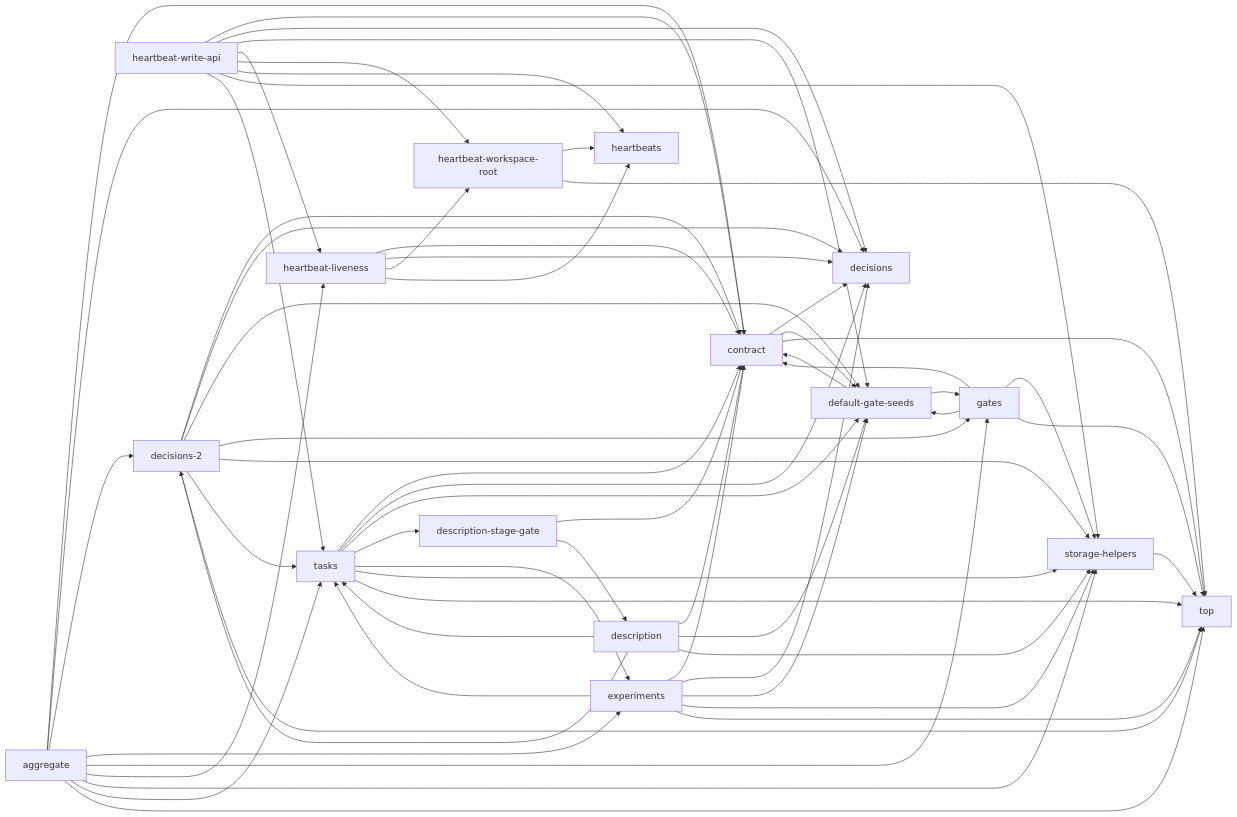
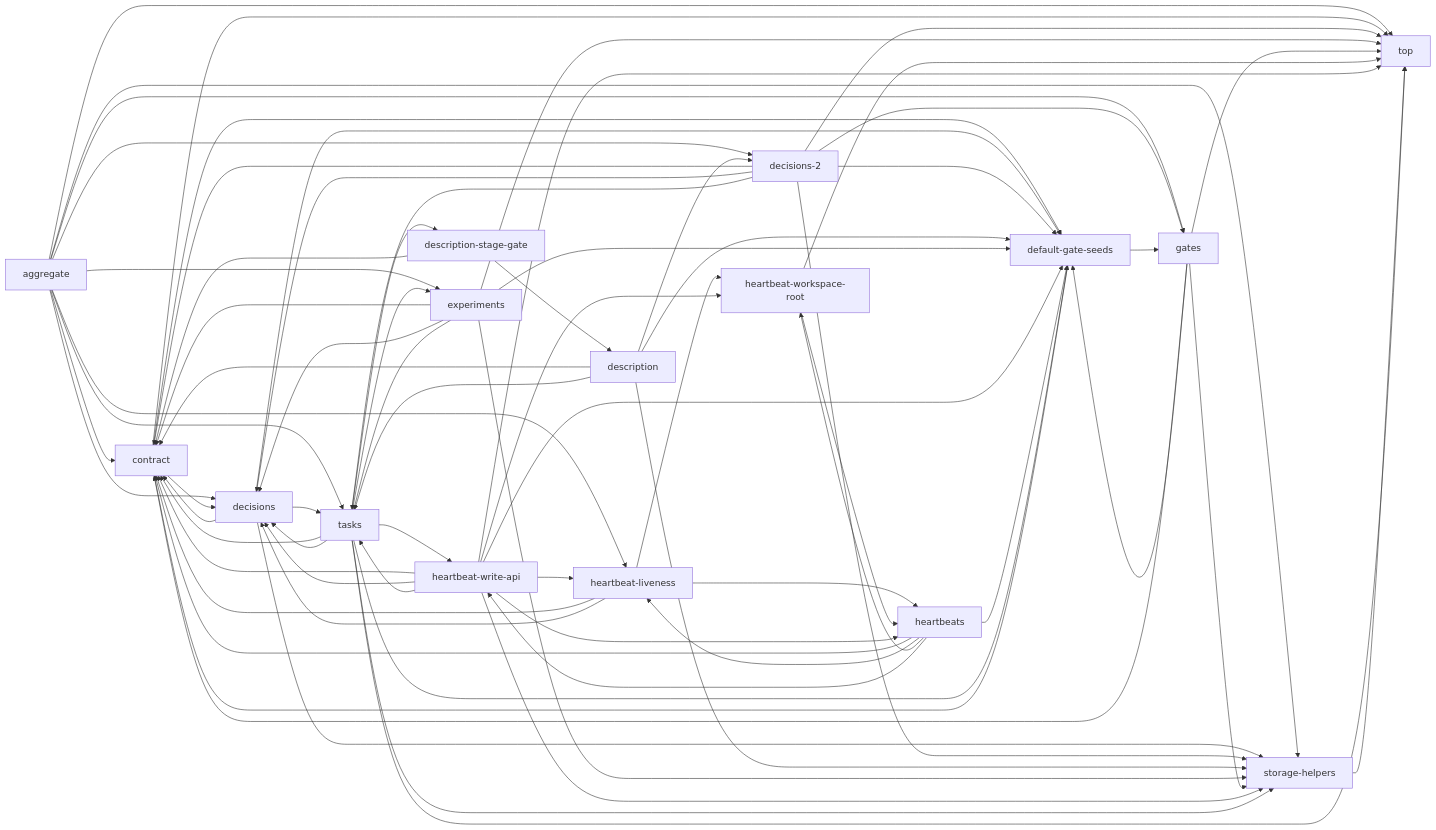
Before and after one commit to Han-Haocheng/project-flow: the fourth of 12 diagrams in docs/project-description.md, drawn with Mermaid. The commit also changed other lines of this file, not shown here.

````diff
--- a/docs/project-description.md
+++ b/docs/project-description.md
@@ -340,63 +340,74 @@
 ```mermaid
 graph LR
   m13["aggregate"] --> m2["contract"]
   m13["aggregate"] --> m1["decisions"]
   m13["aggregate"] --> m8["decisions-2"]
   m13["aggregate"] --> m5["experiments"]
   m13["aggregate"] --> m7["gates"]
   m13["aggregate"] --> m11["heartbeat-liveness"]
   m13["aggregate"] --> m4["storage-helpers"]
   m13["aggregate"] --> m6["tasks"]
   m13["aggregate"] --> m0["top"]
   m2["contract"] --> m1["decisions"]
   m2["contract"] --> m3["default-gate-seeds"]
   m2["contract"] --> m0["top"]
+  m1["decisions"] --> m2["contract"]
+  m1["decisions"] --> m3["default-gate-seeds"]
+  m1["decisions"] --> m4["storage-helpers"]
+  m1["decisions"] --> m6["tasks"]
   m8["decisions-2"] --> m2["contract"]
   m8["decisions-2"] --> m1["decisions"]
   m8["decisions-2"] --> m3["default-gate-seeds"]
   m8["decisions-2"] --> m7["gates"]
   m8["decisions-2"] --> m4["storage-helpers"]
   m8["decisions-2"] --> m6["tasks"]
   m8["decisions-2"] --> m0["top"]
   m3["default-gate-seeds"] --> m2["contract"]
   m3["default-gate-seeds"] --> m7["gates"]
   m14["description"] --> m2["contract"]
   m14["description"] --> m8["decisions-2"]
   m14["description"] --> m3["default-gate-seeds"]
   m14["description"] --> m4["storage-helpers"]
   m14["description"] --> m6["tasks"]
   m15["description-stage-gate"] --> m2["contract"]
   m15["description-stage-gate"] --> m14["description"]
   m5["experiments"] --> m2["contract"]
   m5["experiments"] --> m1["decisions"]
   m5["experiments"] --> m3["default-gate-seeds"]
   m5["experiments"] --> m4["storage-helpers"]
   m5["experiments"] --> m6["tasks"]
   m5["experiments"] --> m0["top"]
   m7["gates"] --> m2["contract"]
   m7["gates"] --> m3["default-gate-seeds"]
   m7["gates"] --> m4["storage-helpers"]
   m7["gates"] --> m0["top"]
   m11["heartbeat-liveness"] --> m2["contract"]
   m11["heartbeat-liveness"] --> m1["decisions"]
   m11["heartbeat-liveness"] --> m10["heartbeat-workspace-root"]
   m11["heartbeat-liveness"] --> m9["heartbeats"]
   m10["heartbeat-workspace-root"] --> m9["heartbeats"]
   m10["heartbeat-workspace-root"] --> m0["top"]
   m12["heartbeat-write-api"] --> m2["contract"]
   m12["heartbeat-write-api"] --> m1["decisions"]
   m12["heartbeat-write-api"] --> m3["default-gate-seeds"]
   m12["heartbeat-write-api"] --> m11["heartbeat-liveness"]
   m12["heartbeat-write-api"] --> m10["heartbeat-workspace-root"]
   m12["heartbeat-write-api"] --> m9["heartbeats"]
   m12["heartbeat-write-api"] --> m4["storage-helpers"]
   m12["heartbeat-write-api"] --> m6["tasks"]
+  m12["heartbeat-write-api"] --> m0["top"]
+  m9["heartbeats"] --> m2["contract"]
+  m9["heartbeats"] --> m3["default-gate-seeds"]
+  m9["heartbeats"] --> m11["heartbeat-liveness"]
+  m9["heartbeats"] --> m10["heartbeat-workspace-root"]
+  m9["heartbeats"] --> m12["heartbeat-write-api"]
   m4["storage-helpers"] --> m0["top"]
   m6["tasks"] --> m2["contract"]
   m6["tasks"] --> m1["decisions"]
   m6["tasks"] --> m3["default-gate-seeds"]
   m6["tasks"] --> m15["description-stage-gate"]
   m6["tasks"] --> m5["experiments"]
+  m6["tasks"] --> m12["heartbeat-write-api"]
   m6["tasks"] --> m4["storage-helpers"]
   m6["tasks"] --> m0["top"]
 ```
````
